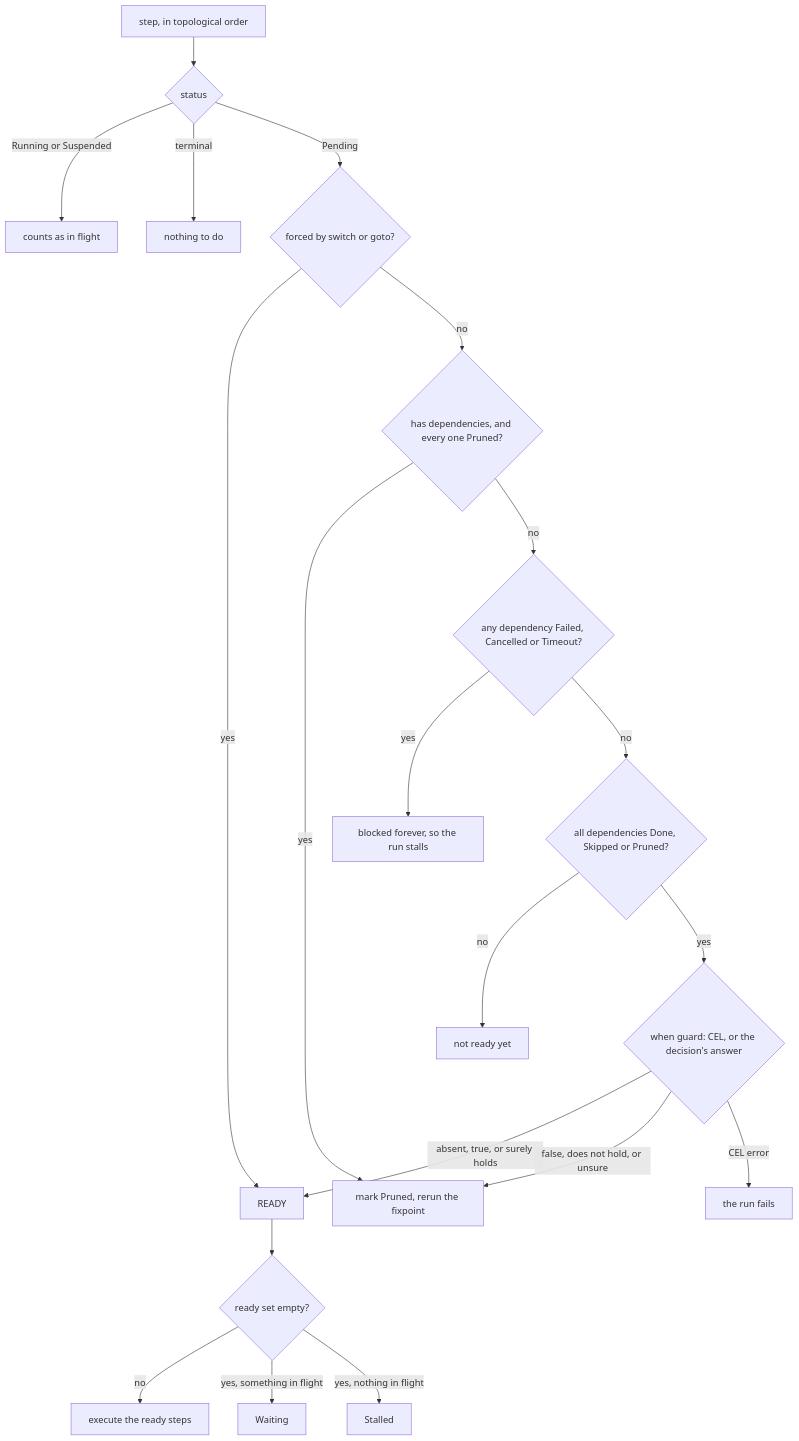
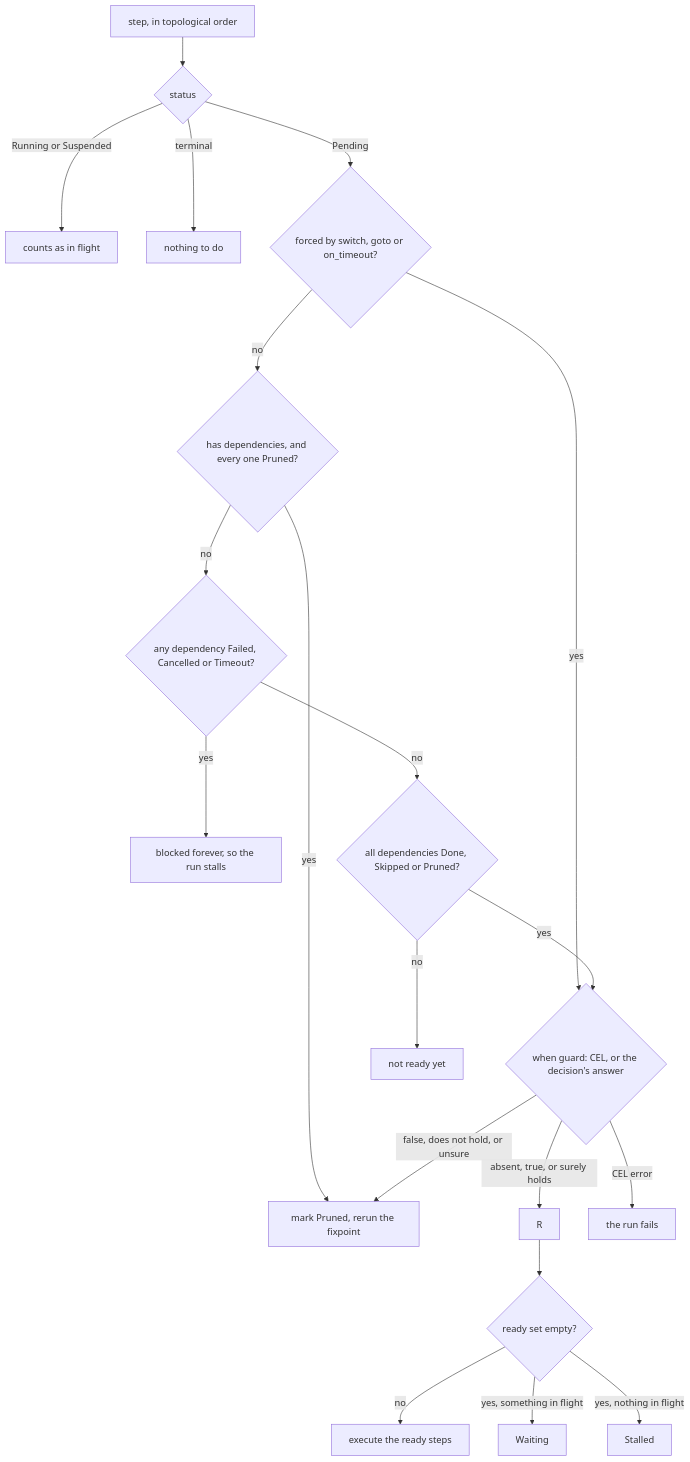
Before and after one commit to agentd-dev/source-code: the fourth of 4 diagrams in docs/workflows.md, drawn with Mermaid. The commit also changed other lines of this file and 7 other files, not shown here.

````diff
--- a/docs/workflows.md
+++ b/docs/workflows.md
@@ -911,22 +918,22 @@
 ```mermaid
 flowchart TD
     A["step, in topological order"] --> B{"status"}
     B -->|"Running or Suspended"| C["counts as in flight"]
     B -->|"terminal"| D["nothing to do"]
-    B -->|"Pending"| E{"forced by switch or goto?"}
-    E -->|"yes"| R["READY"]
+    B -->|"Pending"| E{"forced by switch, goto or on_timeout?"}
+    E -->|"yes"| J
     E -->|"no"| Q{"has dependencies, and every one Pruned?"}
     Q -->|"yes"| K["mark Pruned, rerun the fixpoint"]
     Q -->|"no"| F{"any dependency Failed, Cancelled or Timeout?"}
     F -->|"yes"| G["blocked forever, so the run stalls"]
     F -->|"no"| H{"all dependencies Done, Skipped or Pruned?"}
     H -->|"no"| I["not ready yet"]
     H -->|"yes"| J{"when guard: CEL, or the decision's answer"}
     J -->|"absent, true, or surely holds"| R
     J -->|"false, does not hold, or unsure"| K
     J -->|"CEL error"| L["the run fails"]
     R --> M{"ready set empty?"}
     M -->|"no"| N["execute the ready steps"]
     M -->|"yes, something in flight"| O["Waiting"]
     M -->|"yes, nothing in flight"| P["Stalled"]
 ```
````
